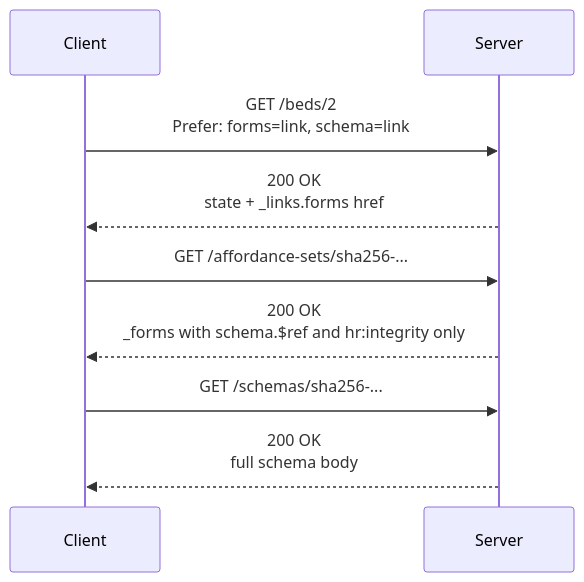
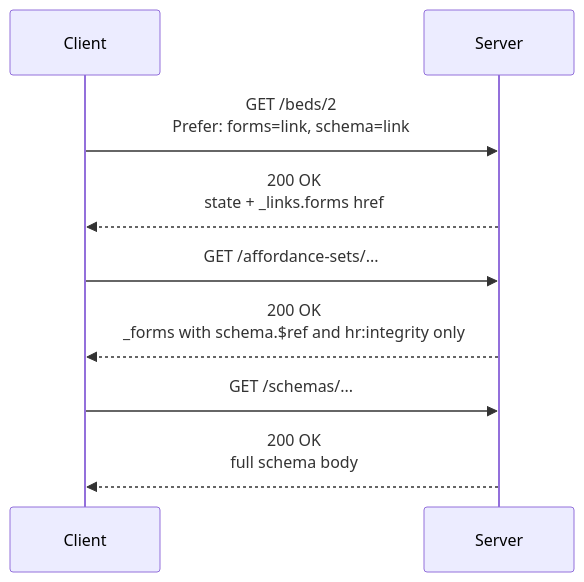
The third of 7 diagrams in spec/SPEC.md (JogoShugh/heart-rise-artie), drawn with Mermaid before and after one commit. The commit also changed other lines of this file and 16 other files, not shown here.

````diff
--- a/spec/SPEC.md
+++ b/spec/SPEC.md
@@ -675,14 +675,14 @@
 ```mermaid
 sequenceDiagram
     participant Client
     participant Server
 
     Client->>Server: GET /beds/2<br/>Prefer: forms=link, schema=link
     Server-->>Client: 200 OK<br/>state + _links.forms href
 
-    Client->>Server: GET /affordance-sets/sha256-...
+    Client->>Server: GET /affordance-sets/...
     Server-->>Client: 200 OK<br/>_forms with schema.$ref and hr:integrity only
 
-    Client->>Server: GET /schemas/sha256-...
+    Client->>Server: GET /schemas/...
     Server-->>Client: 200 OK<br/>full schema body
 ```
````
